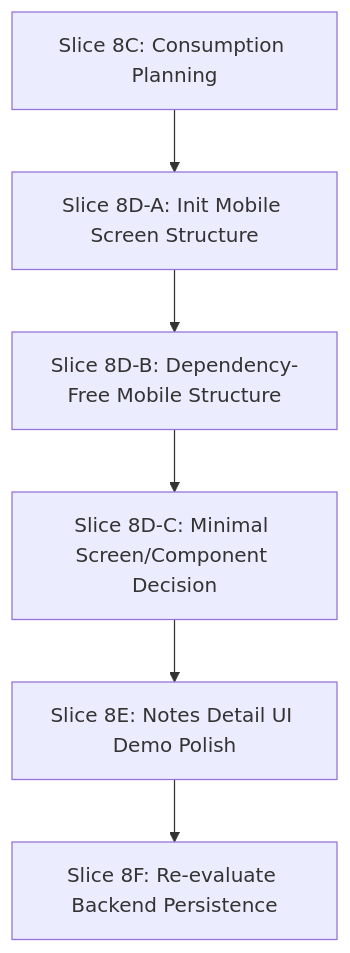
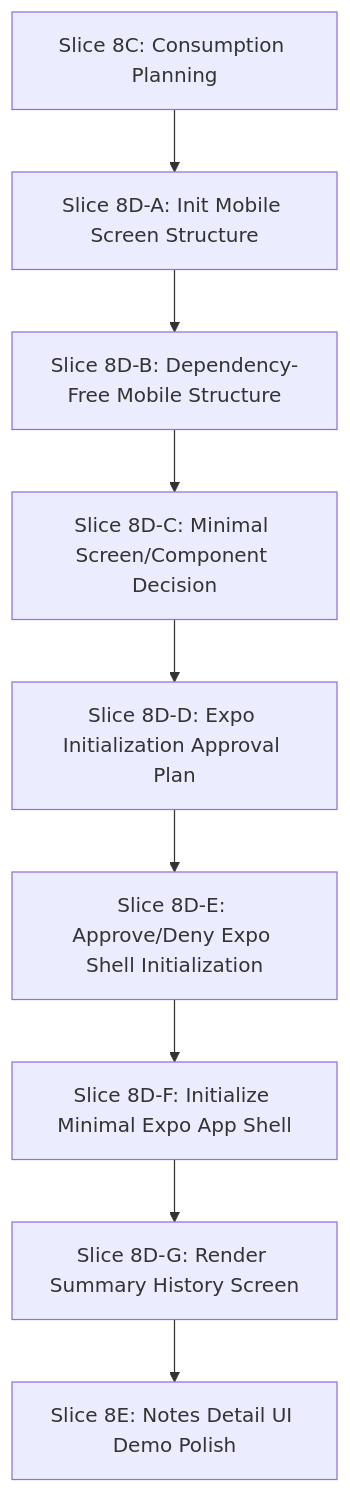
One commit to VThanhNguyen2002/orbit-ai-workspace changed the second of 2 diagrams in docs/summary-history-ui-consumption-plan.md. Above: the diagram before and after it, drawn with Mermaid. The commit also changed other lines of this file and 4 other files, not shown here.

Commit message:
docs: slice 8d-d mobile expo initialization approval plan

````diff
--- a/docs/summary-history-ui-consumption-plan.md
+++ b/docs/summary-history-ui-consumption-plan.md
@@ -172,8 +173,11 @@
 ```mermaid
 graph TD
     8C[Slice 8C: Consumption Planning] --> 8DA[Slice 8D-A: Init Mobile Screen Structure]
     8DA --> 8DB[Slice 8D-B: Dependency-Free Mobile Structure]
     8DB --> 8DC[Slice 8D-C: Minimal Screen/Component Decision]
-    8DC --> 8E[Slice 8E: Notes Detail UI Demo Polish]
-    8E --> 8F[Slice 8F: Re-evaluate Backend Persistence]
+    8DC --> 8DD[Slice 8D-D: Expo Initialization Approval Plan]
+    8DD --> 8DE[Slice 8D-E: Approve/Deny Expo Shell Initialization]
+    8DE --> 8DF[Slice 8D-F: Initialize Minimal Expo App Shell]
+    8DF --> 8DG[Slice 8D-G: Render Summary History Screen]
+    8DG --> 8E[Slice 8E: Notes Detail UI Demo Polish]
 ```
````
